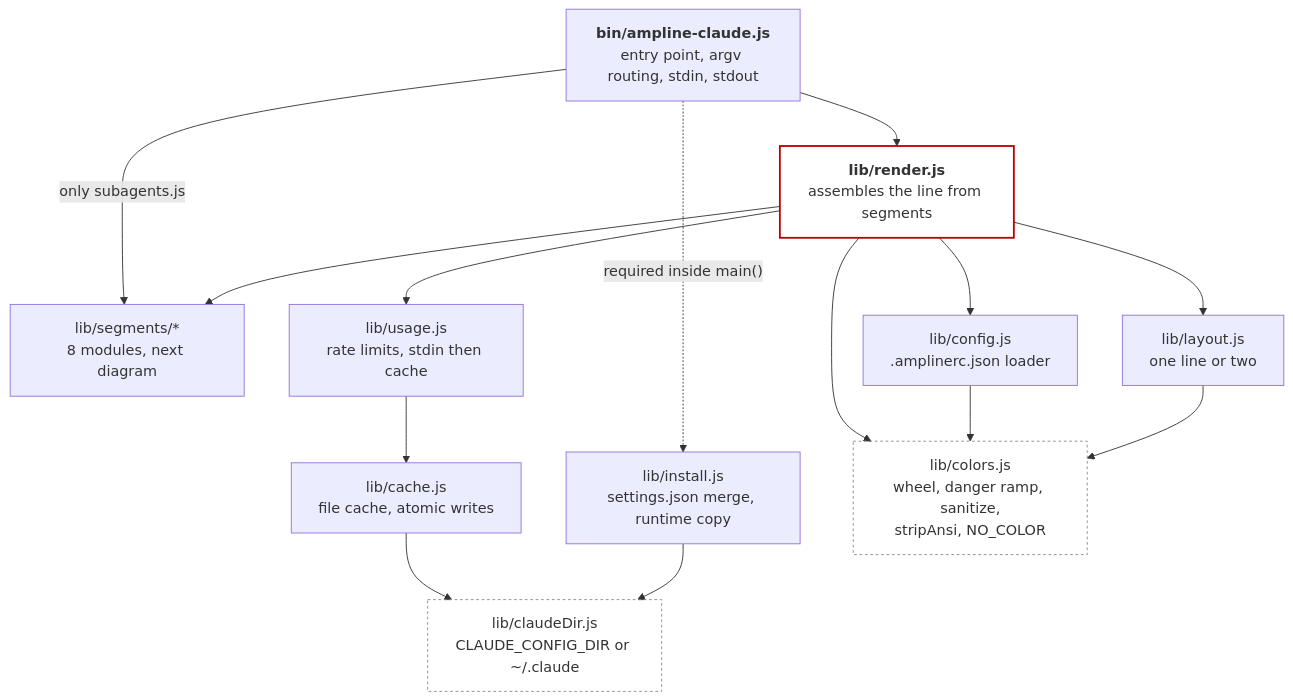
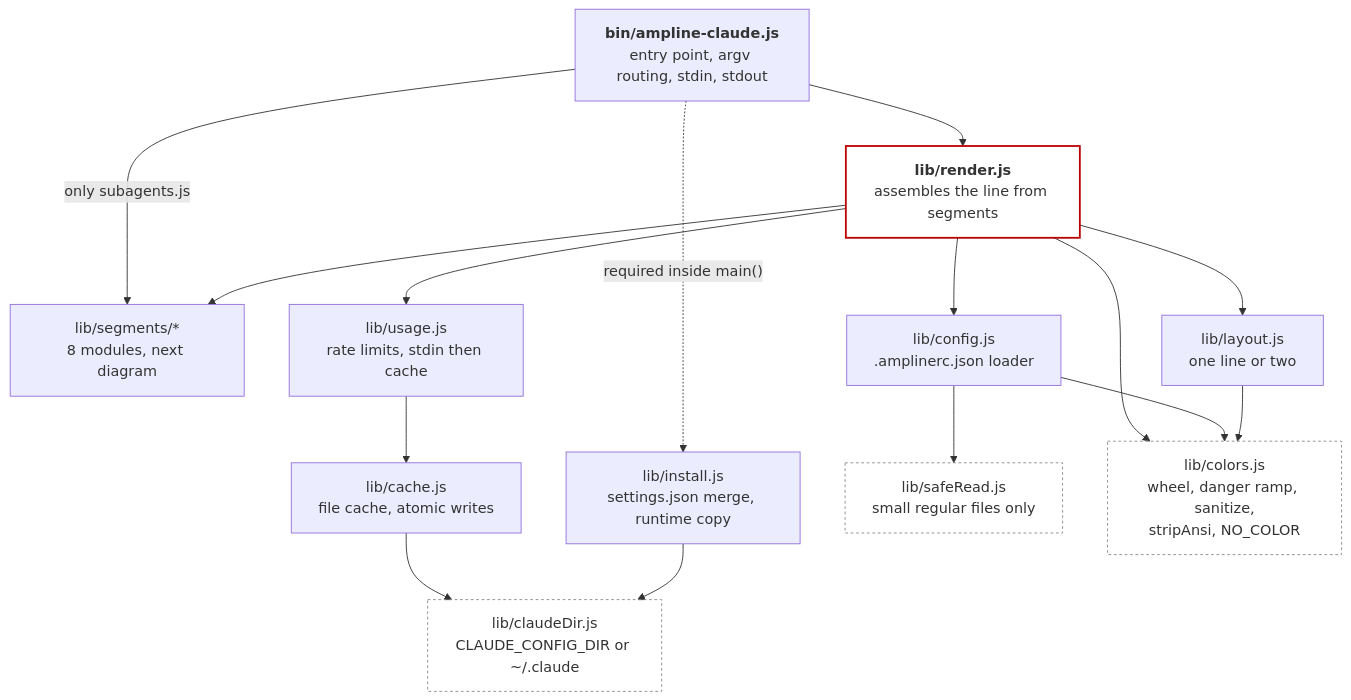
One commit to carterptull/ampline-claude changed the first of 2 diagrams in diagrams/c4-container.md. Above: the diagram before and after it, drawn with Mermaid. The commit also changed other lines of this file and 13 other files, not shown here.

````diff
--- a/diagrams/c4-container.md
+++ b/diagrams/c4-container.md
@@ -14,31 +14,34 @@
 ```mermaid
 flowchart TB
     bin["<b>bin/ampline-claude.js</b><br/>entry point, argv routing, stdin, stdout"]
     install["lib/install.js<br/>settings.json merge, runtime copy"]
     render["<b>lib/render.js</b><br/>assembles the line from segments"]
     segs["lib/segments/*<br/>8 modules, next diagram"]
     config["lib/config.js<br/>.amplinerc.json loader"]
     layout["lib/layout.js<br/>one line or two"]
     usage["lib/usage.js<br/>rate limits, stdin then cache"]
     cache["lib/cache.js<br/>file cache, atomic writes"]
     claudedir["lib/claudeDir.js<br/>CLAUDE_CONFIG_DIR or ~/.claude"]
+    saferead["lib/safeRead.js<br/>small regular files only"]
     colors["lib/colors.js<br/>wheel, danger ramp, sanitize,<br/>stripAnsi, NO_COLOR"]
 
     bin --> render
     bin -.->|"required inside main()"| install
     bin -->|"only subagents.js"| segs
     render --> config
     render --> layout
     render --> usage
     render --> segs
     render --> colors
     config --> colors
+    config --> saferead
     layout --> colors
     usage --> cache
     cache --> claudedir
     install --> claudedir
 
     style render fill:transparent,stroke:#BB0000,stroke-width:2px
     style colors fill:transparent,stroke:#888,stroke-width:1px,stroke-dasharray: 3 3
     style claudedir fill:transparent,stroke:#888,stroke-width:1px,stroke-dasharray: 3 3
+    style saferead fill:transparent,stroke:#888,stroke-width:1px,stroke-dasharray: 3 3
 ```
````
